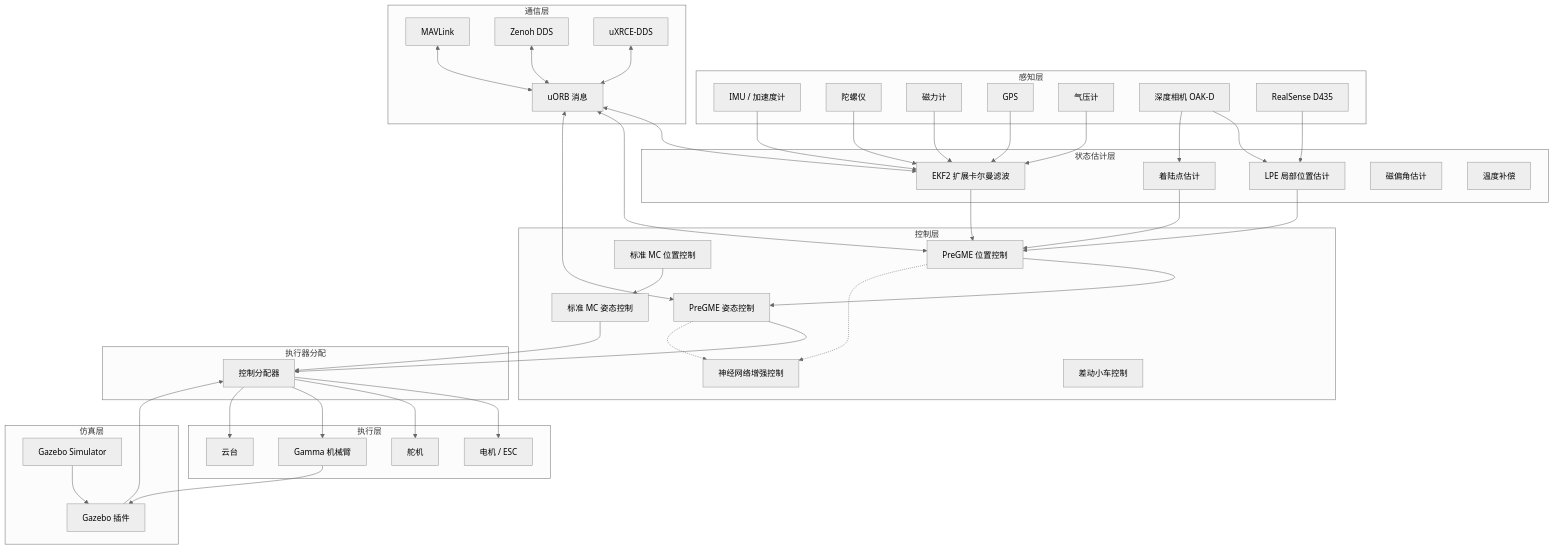
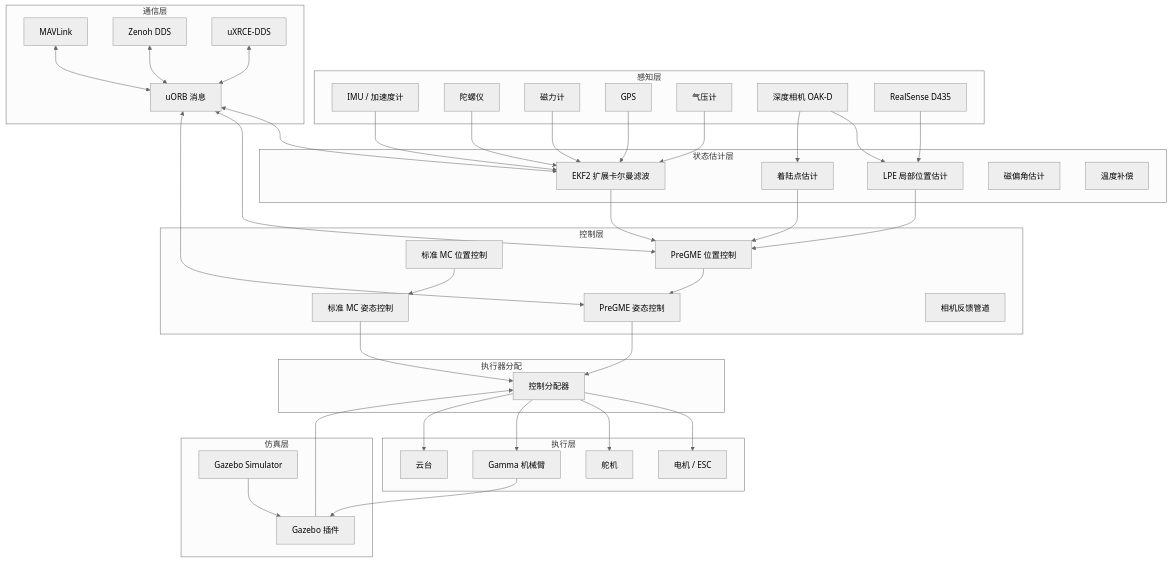
The diagram in docs/zh/architecture/overview.md (Episode253/VisionFlow-PX4-public), drawn with Mermaid (neutral theme) before and after one commit. The commit also changed other lines of this file and 87 other files, not shown here.

```diff
--- a/docs/zh/architecture/overview.md
+++ b/docs/zh/architecture/overview.md
@@ -29,8 +29,7 @@
         C2[PreGME 姿态控制]
         C3[标准 MC 位置控制]
         C4[标准 MC 姿态控制]
-        C5[神经网络增强控制]
-        C6[差动小车控制]
+        C5[相机反馈管道]
     end
 
     subgraph "执行器分配"
@@ -75,9 +74,6 @@
     C3 --> C4
     C4 --> A1
 
-    C1 -.-> C5
-    C2 -.-> C5
-
     A1 --> M1
     A1 --> M2
     A1 --> M3
```
